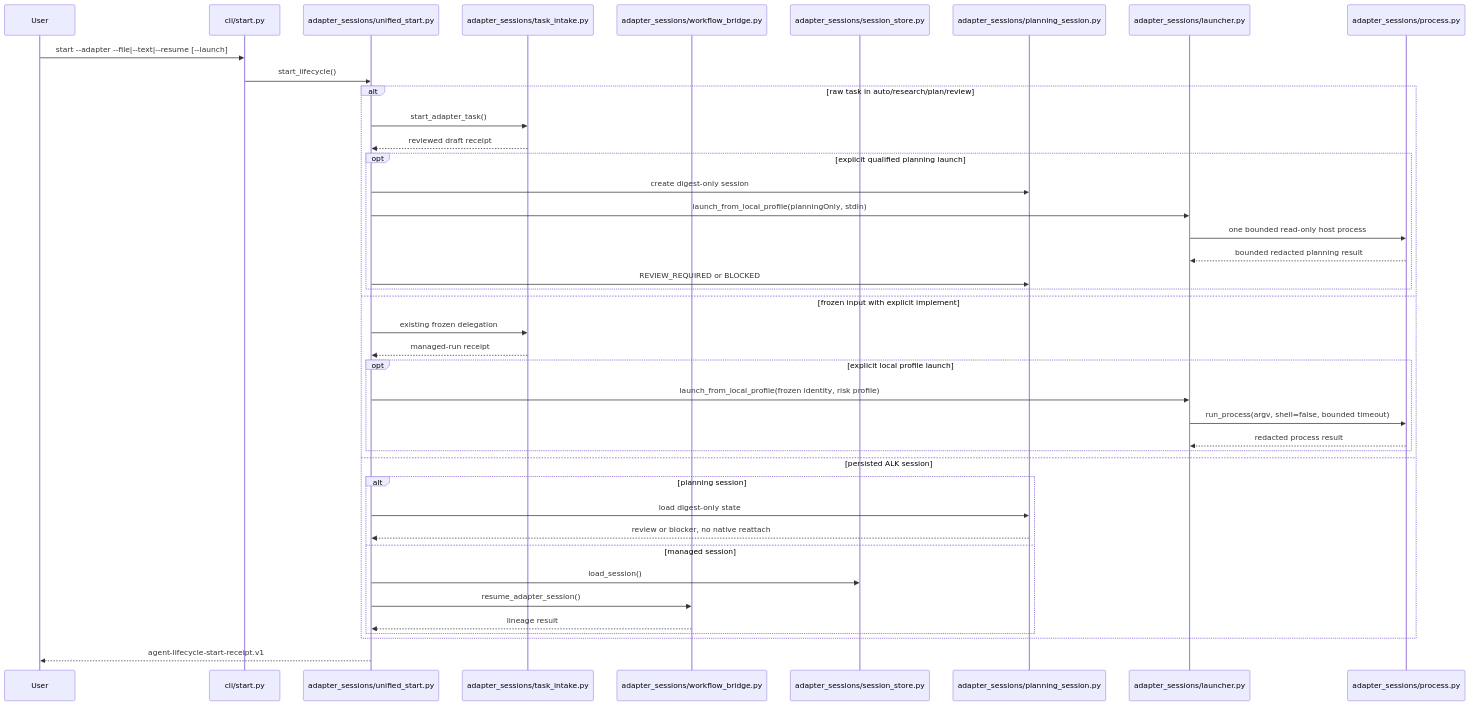
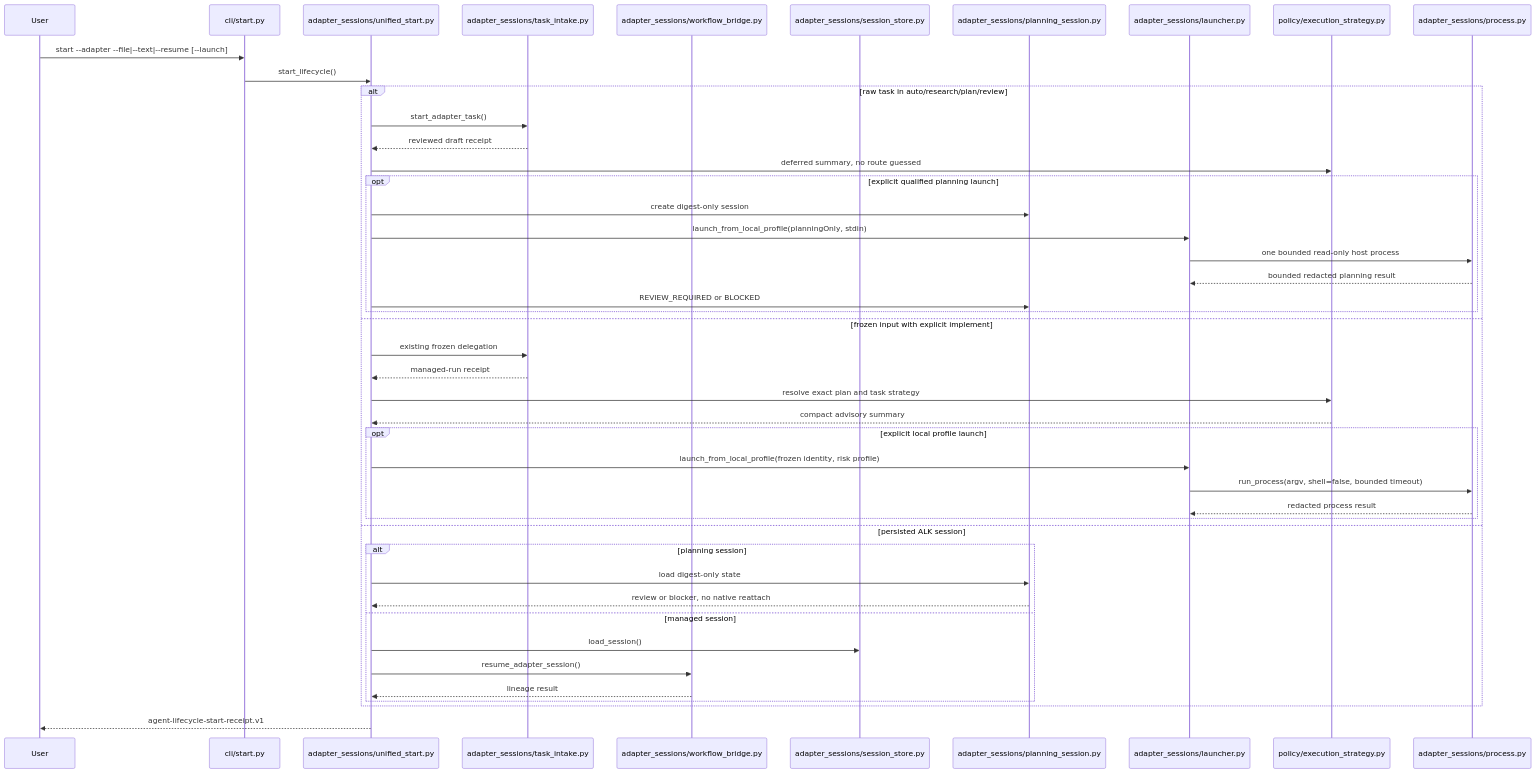
One commit to avksp/agent-lifecycle-kit changed the sixth of 15 diagrams in docs/architecture/system-architecture.md. Above: the diagram before and after it, drawn with Mermaid. The commit also changed other lines of this file and 59 other files, not shown here.

Commit message:
feat(policy): add quality-preserving execution strategy

````diff
--- a/docs/architecture/system-architecture.md
+++ b/docs/architecture/system-architecture.md
@@ -262,44 +270,48 @@
 ```mermaid
 sequenceDiagram
   participant User
   participant StartCLI as cli/start.py
   participant Start as adapter_sessions/unified_start.py
   participant Intake as adapter_sessions/task_intake.py
   participant Resume as adapter_sessions/workflow_bridge.py
   participant Store as adapter_sessions/session_store.py
   participant PlanningStore as adapter_sessions/planning_session.py
   participant LocalLaunch as adapter_sessions/launcher.py
+  participant Strategy as policy/execution_strategy.py
   participant Process as adapter_sessions/process.py
 
   User->>StartCLI: start --adapter --file|--text|--resume [--launch]
   StartCLI->>Start: start_lifecycle()
   alt raw task in auto/research/plan/review
     Start->>Intake: start_adapter_task()
     Intake-->>Start: reviewed draft receipt
+    Start->>Strategy: deferred summary, no route guessed
     opt explicit qualified planning launch
       Start->>PlanningStore: create digest-only session
       Start->>LocalLaunch: launch_from_local_profile(planningOnly, stdin)
       LocalLaunch->>Process: one bounded read-only host process
       Process-->>LocalLaunch: bounded redacted planning result
       Start->>PlanningStore: REVIEW_REQUIRED or BLOCKED
     end
   else frozen input with explicit implement
     Start->>Intake: existing frozen delegation
     Intake-->>Start: managed-run receipt
+    Start->>Strategy: resolve exact plan and task strategy
+    Strategy-->>Start: compact advisory summary
     opt explicit local profile launch
       Start->>LocalLaunch: launch_from_local_profile(frozen identity, risk profile)
       LocalLaunch->>Process: run_process(argv, shell=false, bounded timeout)
       Process-->>LocalLaunch: redacted process result
     end
   else persisted ALK session
     alt planning session
       Start->>PlanningStore: load digest-only state
       PlanningStore-->>Start: review or blocker, no native reattach
     else managed session
       Start->>Store: load_session()
       Start->>Resume: resume_adapter_session()
       Resume-->>Start: lineage result
     end
   end
   Start-->>User: agent-lifecycle-start-receipt.v1
 ```
````
